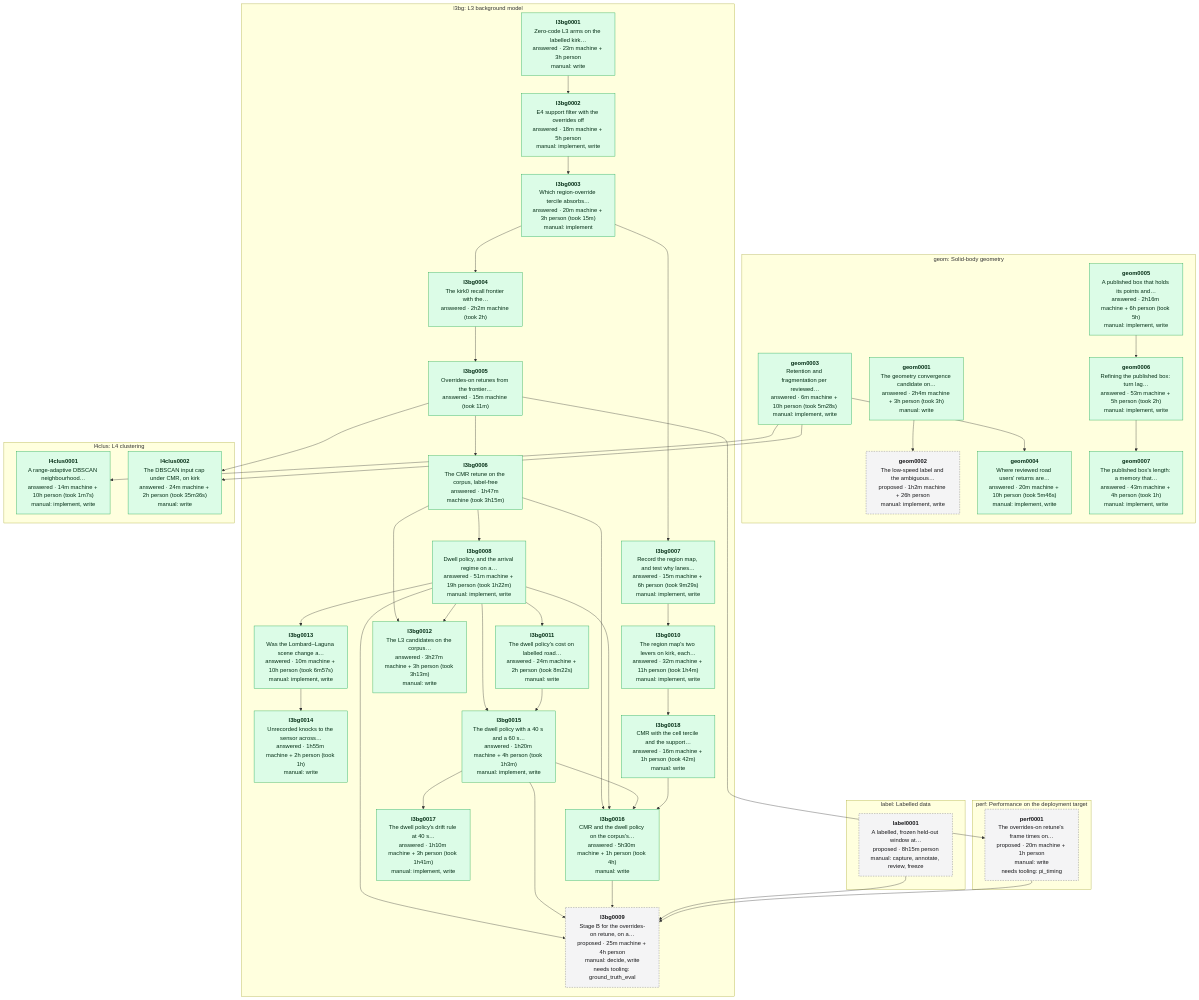
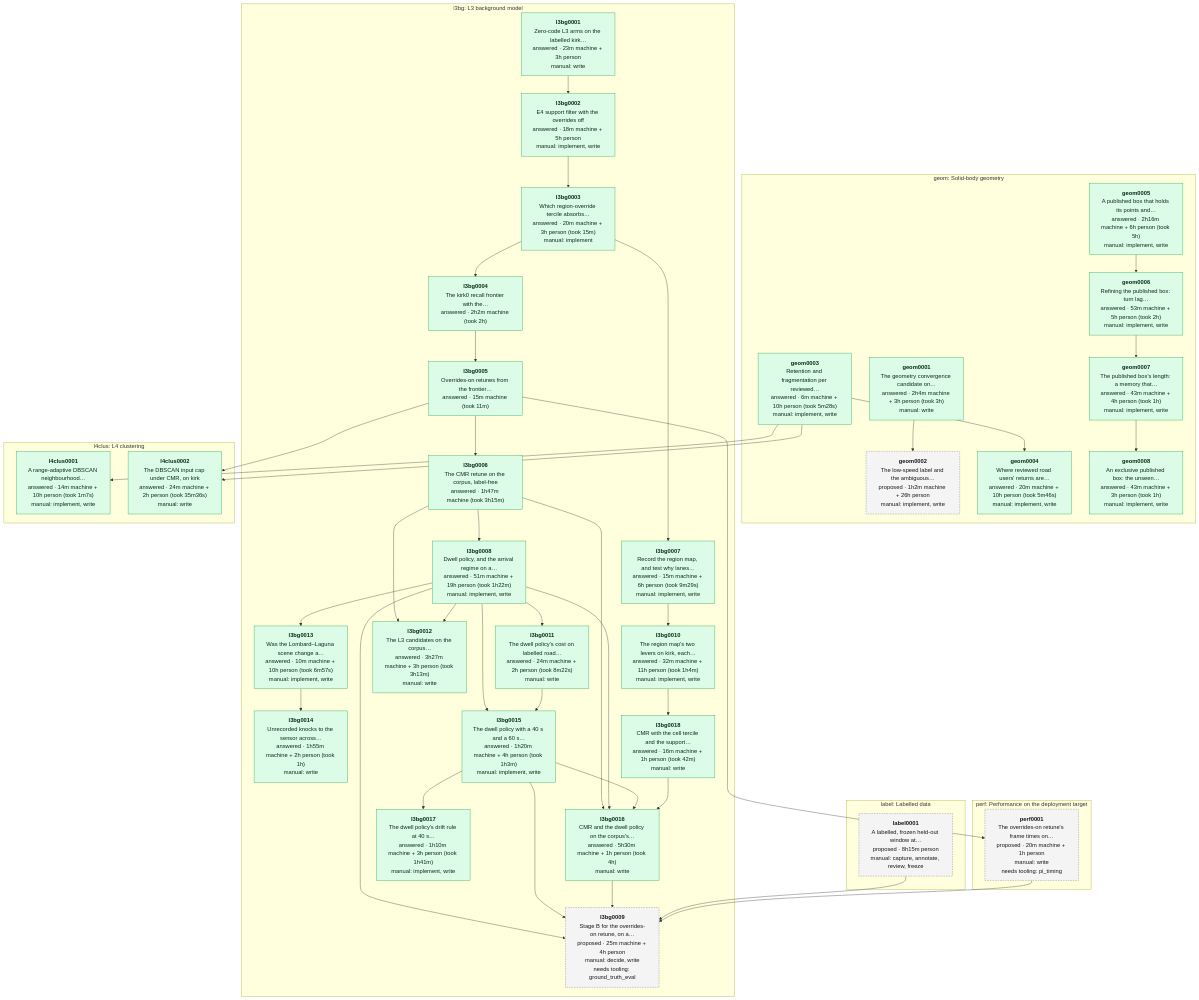
One commit to banshee-data/velocity.report changed the diagram in data/experiments/DEPENDENCIES.md. Above: the diagram before and after it, drawn with Mermaid. The commit also changed other lines of this file and 31 other files, not shown here.

First line of the commit message:
[ai][go][lidar] Exclusive published box (geom0008): tried, failed its rule, stays off (#766)

````diff
--- a/data/experiments/DEPENDENCIES.md
+++ b/data/experiments/DEPENDENCIES.md
@@ -7,80 +7,82 @@
 ```mermaid
 flowchart TB
   classDef proposed fill:#f4f4f5,stroke:#71717a,stroke-dasharray:4 3,color:#18181b
   classDef approved fill:#dbeafe,stroke:#2563eb,color:#172554
   classDef answered fill:#dcfce7,stroke:#16a34a,color:#052e16
   classDef retired fill:#fafafa,stroke:#d4d4d8,color:#71717a
   subgraph area_geom ["geom: Solid-body geometry"]
     geom0001["<b>geom0001</b><br/>The geometry convergence candidate on…<br/>answered · 2h4m machine + 3h person (took 3h)<br/>manual: write"]:::answered
     geom0002["<b>geom0002</b><br/>The low-speed label and the ambiguous…<br/>proposed · 1h2m machine + 26h person<br/>manual: implement, write"]:::proposed
     geom0003["<b>geom0003</b><br/>Retention and fragmentation per reviewed…<br/>answered · 6m machine + 10h person (took 5m28s)<br/>manual: implement, write"]:::answered
     geom0004["<b>geom0004</b><br/>Where reviewed road users' returns are…<br/>answered · 20m machine + 10h person (took 5m46s)<br/>manual: implement, write"]:::answered
     geom0005["<b>geom0005</b><br/>A published box that holds its points and…<br/>answered · 2h16m machine + 6h person (took 5h)<br/>manual: implement, write"]:::answered
     geom0006["<b>geom0006</b><br/>Refining the published box: turn lag…<br/>answered · 53m machine + 5h person (took 2h)<br/>manual: implement, write"]:::answered
     geom0007["<b>geom0007</b><br/>The published box's length: a memory that…<br/>answered · 43m machine + 4h person (took 1h)<br/>manual: implement, write"]:::answered
+    geom0008["<b>geom0008</b><br/>An exclusive published box: the unseen…<br/>answered · 43m machine + 3h person (took 1h)<br/>manual: implement, write"]:::answered
   end
   subgraph area_l3bg ["l3bg: L3 background model"]
     l3bg0001["<b>l3bg0001</b><br/>Zero-code L3 arms on the labelled kirk…<br/>answered · 23m machine + 3h person<br/>manual: write"]:::answered
     l3bg0002["<b>l3bg0002</b><br/>E4 support filter with the overrides off<br/>answered · 18m machine + 5h person<br/>manual: implement, write"]:::answered
     l3bg0003["<b>l3bg0003</b><br/>Which region-override tercile absorbs…<br/>answered · 20m machine + 3h person (took 15m)<br/>manual: implement"]:::answered
     l3bg0004["<b>l3bg0004</b><br/>The kirk0 recall frontier with the…<br/>answered · 2h2m machine (took 2h)"]:::answered
     l3bg0005["<b>l3bg0005</b><br/>Overrides-on retunes from the frontier…<br/>answered · 15m machine (took 11m)"]:::answered
     l3bg0006["<b>l3bg0006</b><br/>The CMR retune on the corpus, label-free<br/>answered · 1h47m machine (took 3h15m)"]:::answered
     l3bg0007["<b>l3bg0007</b><br/>Record the region map, and test why lanes…<br/>answered · 15m machine + 6h person (took 9m29s)<br/>manual: implement, write"]:::answered
     l3bg0008["<b>l3bg0008</b><br/>Dwell policy, and the arrival regime on a…<br/>answered · 51m machine + 19h person (took 1h22m)<br/>manual: implement, write"]:::answered
     l3bg0009["<b>l3bg0009</b><br/>Stage B for the overrides-on retune, on a…<br/>proposed · 25m machine + 4h person<br/>manual: decide, write<br/>needs tooling: ground_truth_eval"]:::proposed
     l3bg0010["<b>l3bg0010</b><br/>The region map's two levers on kirk, each…<br/>answered · 32m machine + 11h person (took 1h4m)<br/>manual: implement, write"]:::answered
     l3bg0011["<b>l3bg0011</b><br/>The dwell policy's cost on labelled road…<br/>answered · 24m machine + 2h person (took 8m22s)<br/>manual: write"]:::answered
     l3bg0012["<b>l3bg0012</b><br/>The L3 candidates on the corpus…<br/>answered · 3h27m machine + 3h person (took 3h13m)<br/>manual: write"]:::answered
     l3bg0013["<b>l3bg0013</b><br/>Was the Lombard–Laguna scene change a…<br/>answered · 10m machine + 10h person (took 6m57s)<br/>manual: implement, write"]:::answered
     l3bg0014["<b>l3bg0014</b><br/>Unrecorded knocks to the sensor across…<br/>answered · 1h55m machine + 2h person (took 1h)<br/>manual: write"]:::answered
     l3bg0015["<b>l3bg0015</b><br/>The dwell policy with a 40 s and a 60 s…<br/>answered · 1h20m machine + 4h person (took 1h3m)<br/>manual: implement, write"]:::answered
     l3bg0016["<b>l3bg0016</b><br/>CMR and the dwell policy on the corpus's…<br/>answered · 5h30m machine + 1h person (took 4h)<br/>manual: write"]:::answered
     l3bg0017["<b>l3bg0017</b><br/>The dwell policy's drift rule at 40 s…<br/>answered · 1h10m machine + 3h person (took 1h41m)<br/>manual: implement, write"]:::answered
     l3bg0018["<b>l3bg0018</b><br/>CMR with the cell tercile and the support…<br/>answered · 16m machine + 1h person (took 42m)<br/>manual: write"]:::answered
   end
   subgraph area_l4clus ["l4clus: L4 clustering"]
     l4clus0001["<b>l4clus0001</b><br/>A range-adaptive DBSCAN neighbourhood…<br/>answered · 14m machine + 10h person (took 1m7s)<br/>manual: implement, write"]:::answered
     l4clus0002["<b>l4clus0002</b><br/>The DBSCAN input cap under CMR, on kirk<br/>answered · 24m machine + 2h person (took 35m36s)<br/>manual: write"]:::answered
   end
   subgraph area_label ["label: Labelled data"]
     label0001["<b>label0001</b><br/>A labelled, frozen held-out window at…<br/>proposed · 8h15m person<br/>manual: capture, annotate, review, freeze"]:::proposed
   end
   subgraph area_perf ["perf: Performance on the deployment target"]
     perf0001["<b>perf0001</b><br/>The overrides-on retune's frame times on…<br/>proposed · 20m machine + 1h person<br/>manual: write<br/>needs tooling: pi_timing"]:::proposed
   end
   geom0001 --> geom0002
   geom0003 --> geom0004
   geom0005 --> geom0006
   geom0006 --> geom0007
+  geom0007 --> geom0008
   l3bg0001 --> l3bg0002
   l3bg0002 --> l3bg0003
   l3bg0003 --> l3bg0004
   l3bg0004 --> l3bg0005
   l3bg0005 --> l3bg0006
   l3bg0003 --> l3bg0007
   l3bg0006 --> l3bg0008
   l3bg0008 --> l3bg0009
   l3bg0015 --> l3bg0009
   l3bg0016 --> l3bg0009
   label0001 --> l3bg0009
   perf0001 --> l3bg0009
   l3bg0007 --> l3bg0010
   l3bg0008 --> l3bg0011
   l3bg0006 --> l3bg0012
   l3bg0008 --> l3bg0012
   l3bg0008 --> l3bg0013
   l3bg0013 --> l3bg0014
   l3bg0008 --> l3bg0015
   l3bg0011 --> l3bg0015
   l3bg0006 --> l3bg0016
   l3bg0008 --> l3bg0016
   l3bg0015 --> l3bg0016
   l3bg0018 --> l3bg0016
   l3bg0015 --> l3bg0017
   l3bg0010 --> l3bg0018
   geom0003 --> l4clus0001
   geom0003 --> l4clus0002
   l3bg0005 --> l4clus0002
   l3bg0005 --> perf0001
 ```
````
